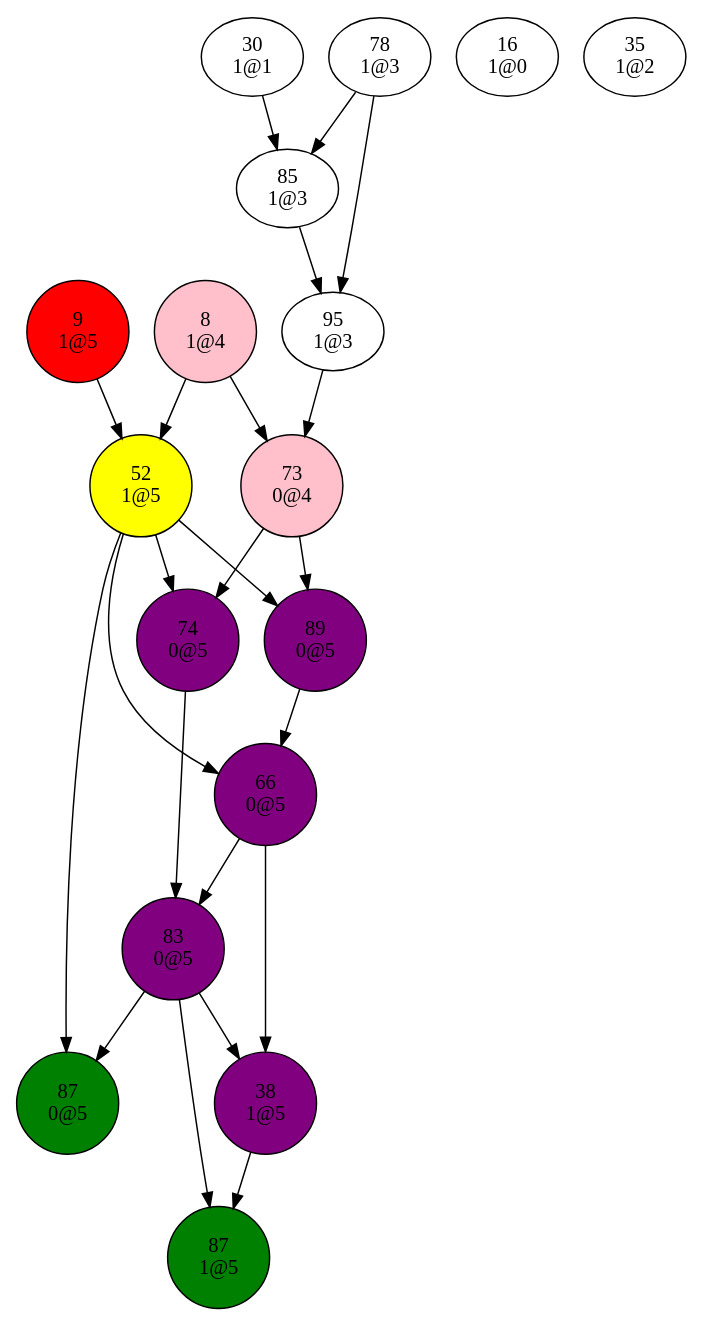
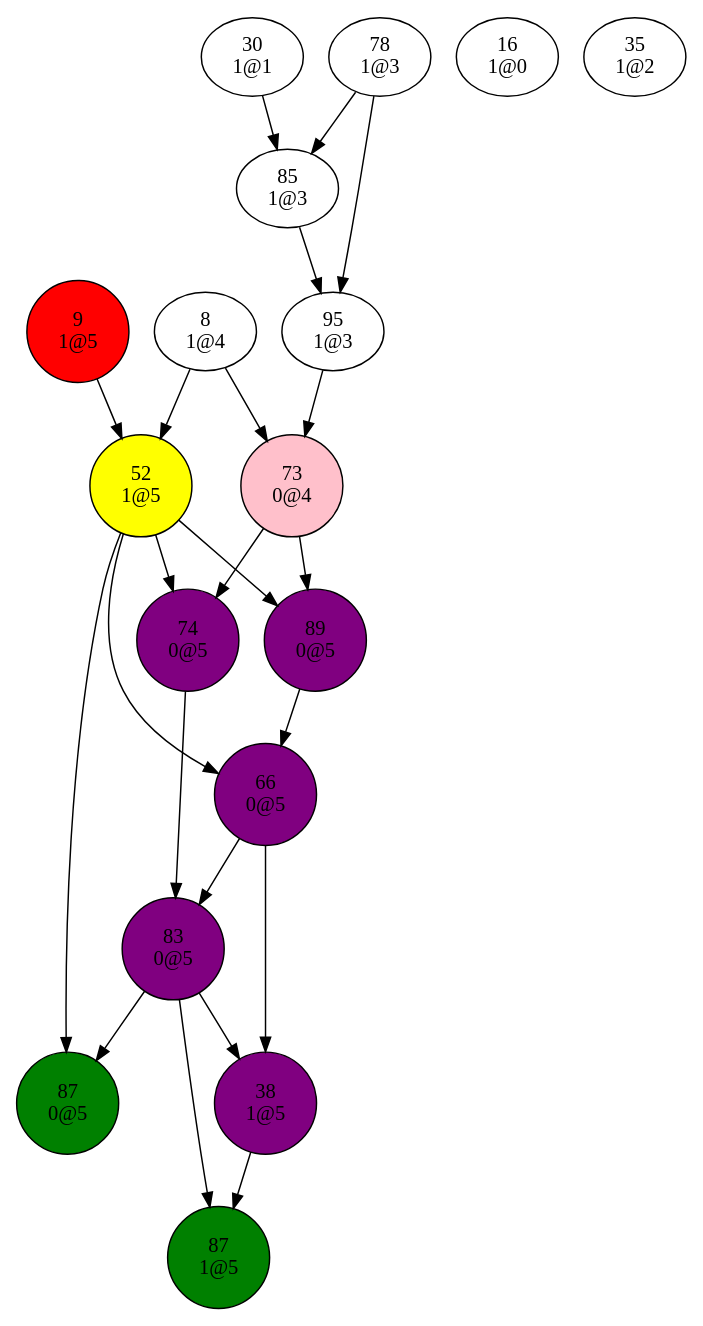
One commit to Oxmose/SATSolver changed the diagram in dev/bin/conflictGraph0.dot. Above: the diagram before and after it, drawn with Graphviz. The commit also changed 18 other files, not shown here.

```diff
--- a/dev/bin/conflictGraph0.dot
+++ b/dev/bin/conflictGraph0.dot
@@ -1,98 +1,96 @@
 digraph {
 "8
 1@4"->"52
 1@5";
 "8
 1@4"->"73
 0@4";
 "9
 1@5"->"52
 1@5";
 "16
 1@0";
 "30
 1@1"->"85
 1@3";
 "35
 1@2";
 "38
 1@5"->"87
 1@5";
 "52
 1@5"->"66
 0@5";
 "52
 1@5"->"74
 0@5";
 "52
 1@5"->"87
 0@5";
 "52
 1@5"->"89
 0@5";
 "66
 0@5"->"38
 1@5";
 "66
 0@5"->"83
 0@5";
 "73
 0@4"->"74
 0@5";
 "73
 0@4"->"89
 0@5";
 "74
 0@5"->"83
 0@5";
 "78
 1@3"->"85
 1@3";
 "78
 1@3"->"95
 1@3";
 "83
 0@5"->"38
 1@5";
 "83
 0@5"->"87
 0@5";
 "83
 0@5"->"87
 1@5";
 "85
 1@3"->"95
 1@3";
 "87
 0@5";
 "87
 1@5";
 "89
 0@5"->"66
 0@5";
 "95
 1@3"->"73
 0@4";
-"8
-1@4"[shape=circle, style=filled, fillcolor=pink];
 "9
 1@5"[shape=circle, style=filled, fillcolor=red];
 "38
 1@5"[shape=circle, style=filled, fillcolor=purple];
 "52
 1@5"[shape=circle, style=filled, fillcolor=yellow];
 "66
 0@5"[shape=circle, style=filled, fillcolor=purple];
 "73
 0@4"[shape=circle, style=filled, fillcolor=pink];
 "74
 0@5"[shape=circle, style=filled, fillcolor=purple];
 "83
 0@5"[shape=circle, style=filled, fillcolor=purple];
 "87
 0@5"[shape=circle, style=filled, fillcolor=green];
 "87
 1@5"[shape=circle, style=filled, fillcolor=green];
 "89
 0@5"[shape=circle, style=filled, fillcolor=purple];
 }
```
